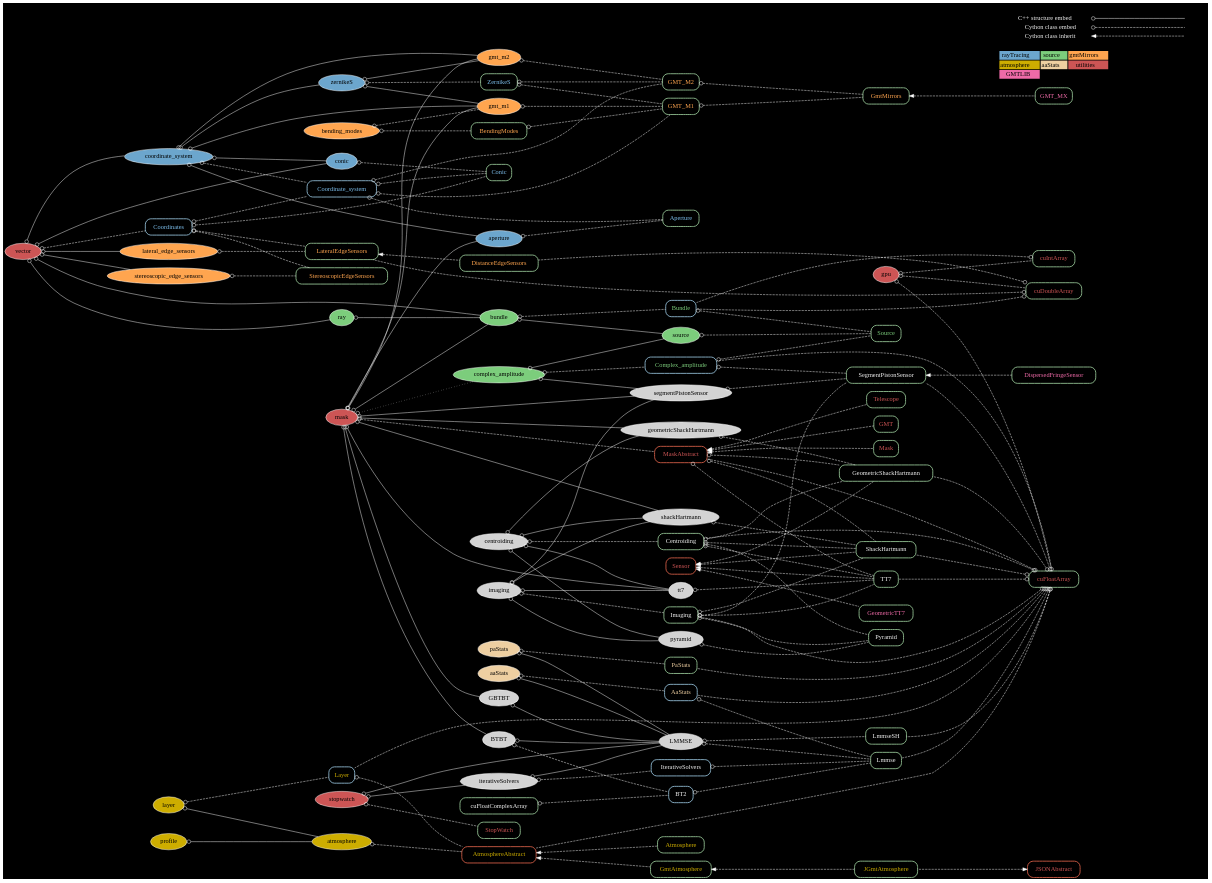
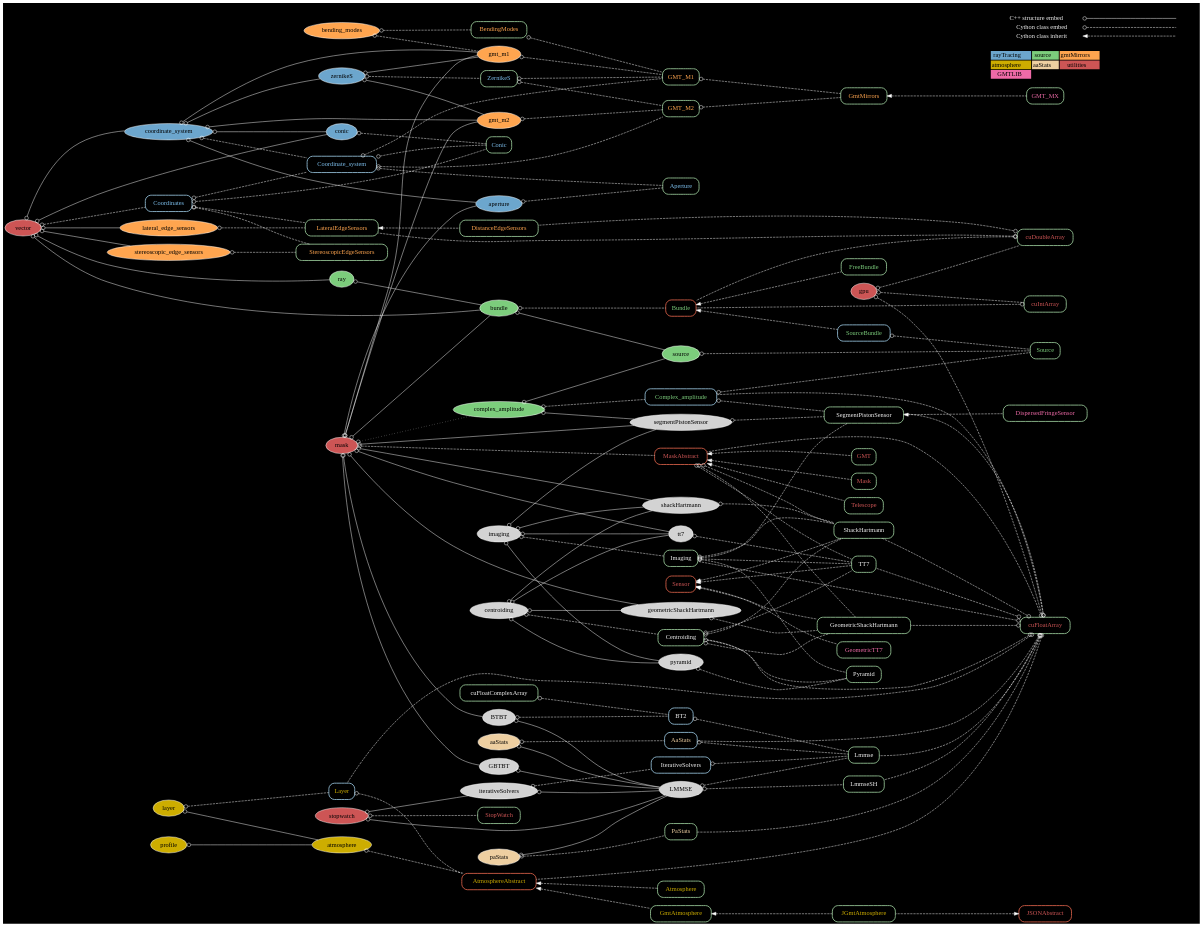
Before and after one commit to rconan/CEO: the diagram in graph/ceo.dot, drawn with Graphviz.

Commit message:
UPDATED GRAPH

```diff
--- a/graph/ceo.dot
+++ b/graph/ceo.dot
@@ -112,6 +112,8 @@
 {
 node[fontcolor=palegreen3]
 Bundle;
+SourceBundle;
+FreeBundle; 
 Complex_amplitude;
 Source;
 }
@@ -164,12 +166,13 @@
 source -> Source;
 Complex_amplitude[color=lightskyblue3];
 complex_amplitude -> Complex_amplitude;
-Bundle[color=lightskyblue3];
+Bundle[color=coral3];
+SourceBundle[color=lightskyblue3];
 bundle -> Bundle;
 cuDoubleArray -> Bundle;
 cuIntArray -> Bundle;
 Complex_amplitude -> Source[label="wavefront"];
-Bundle -> Source[label="rays"];
+SourceBundle -> Source[label="rays"];
 
 shackHartmann -> ShackHartmann;
 tt7 -> TT7;
@@ -246,6 +249,8 @@
 Sensor -> GeometricTT7;
 LateralEdgeSensors -> DistanceEdgeSensors;
 
+Bundle -> {SourceBundle;FreeBundle}
+
 JSONAbstract[color=coral3];
 JSONAbstract -> {JGmtAtmosphere;}
 Sensor[color=coral3];
```
